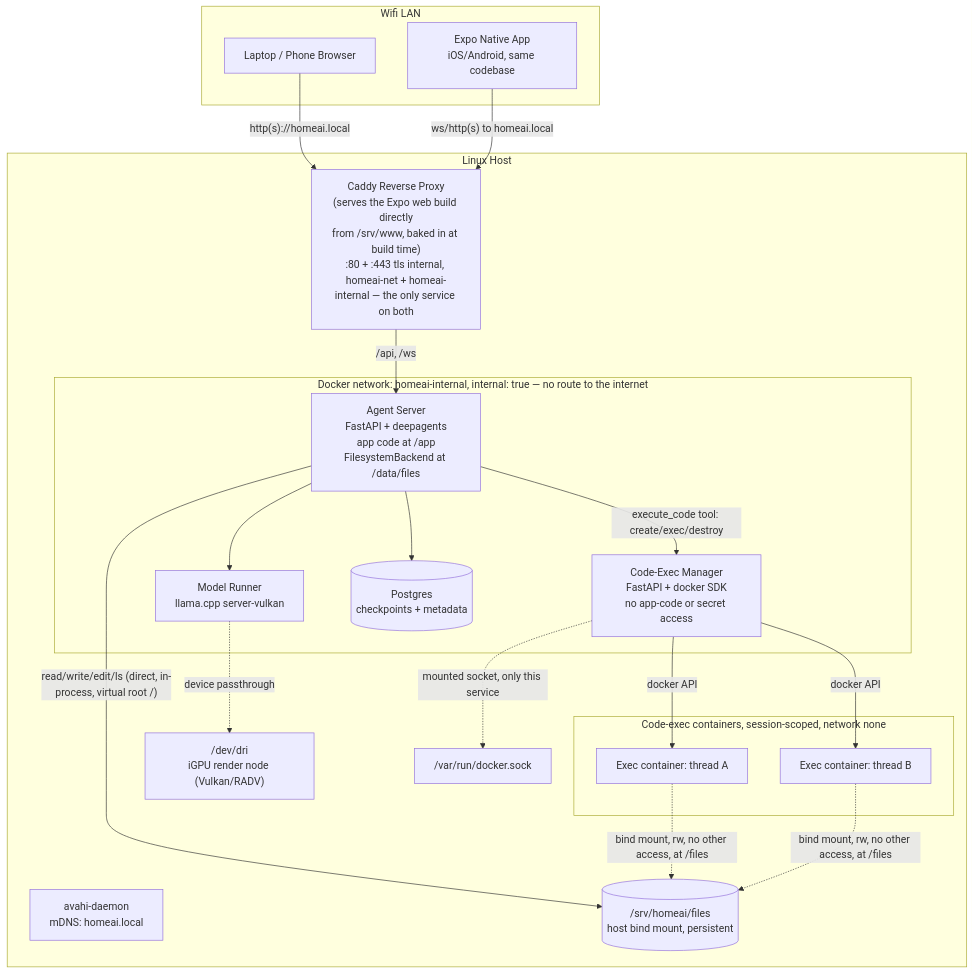
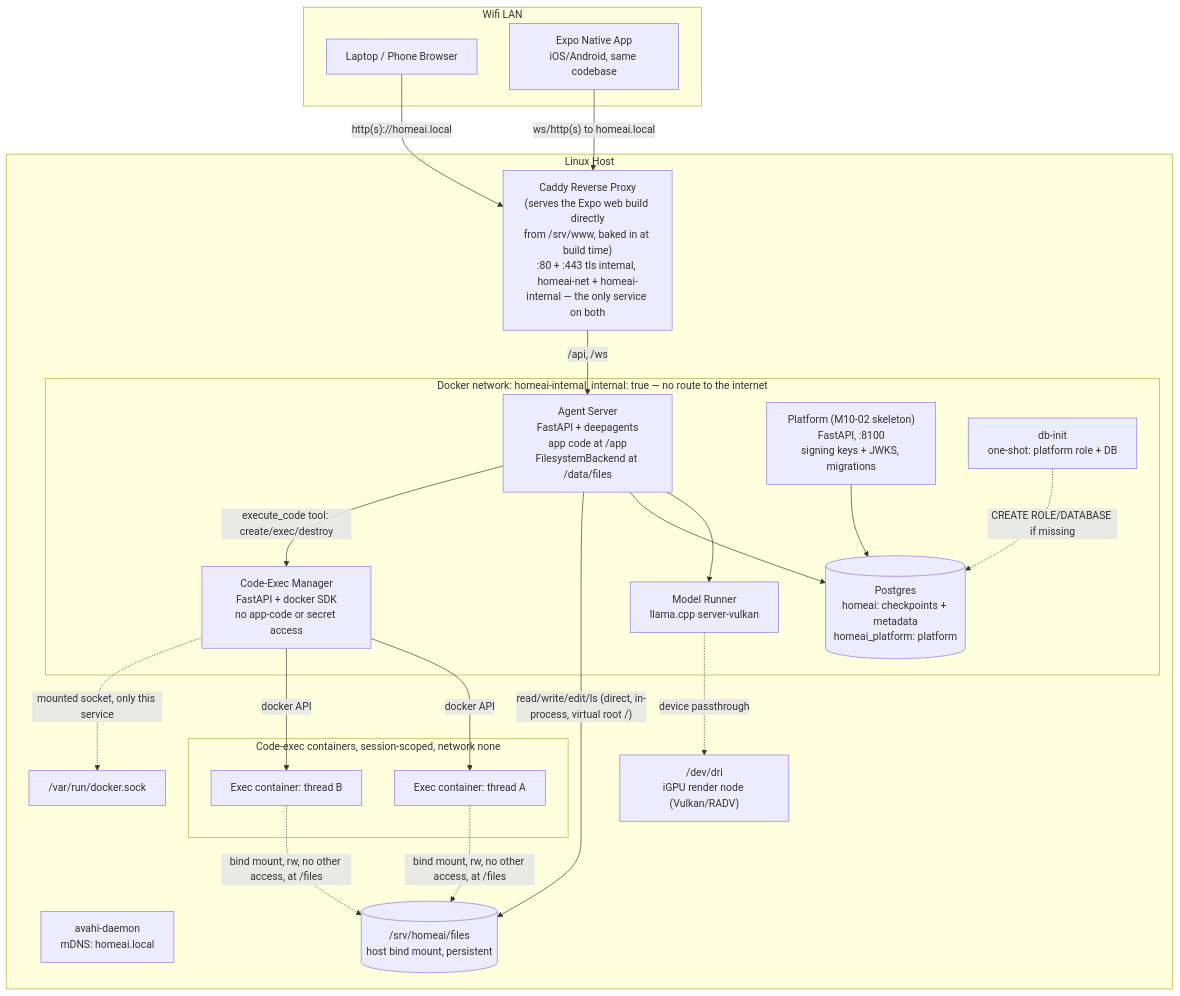
The first of 3 diagrams in docs/ARCHITECTURE.md (cucucachu/unnamed_local_ai_server), drawn with Mermaid before and after one commit. The commit also changed other lines of this file and 31 other files, not shown here.

First line of the commit message:
M10-02: platform service skeleton - compose wiring, db-init, migrations, signing keys + JWKS (#170)

````diff
--- a/docs/ARCHITECTURE.md
+++ b/docs/ARCHITECTURE.md
@@ -26,43 +26,47 @@
 ```mermaid
 flowchart TB
     subgraph lan [Wifi LAN]
         browser[Laptop / Phone Browser]
         nativeapp[Expo Native App\niOS/Android, same codebase]
     end
 
     browser -->|"http(s)://homeai.local"| proxy
     nativeapp -->|"ws/http(s) to homeai.local"| proxy
 
     subgraph host [Linux Host]
         proxy["Caddy Reverse Proxy\n(serves the Expo web build directly\nfrom /srv/www, baked in at build time)\n:80 + :443 tls internal, homeai-net + homeai-internal — the only service on both"]
         avahi[avahi-daemon\nmDNS: homeai.local]
 
         subgraph internalnet [Docker network: homeai-internal, internal: true — no route to the internet]
             agent["Agent Server\nFastAPI + deepagents\napp code at /app\nFilesystemBackend at /data/files"]
             execmgr[Code-Exec Manager\nFastAPI + docker SDK\nno app-code or secret access]
             model[Model Runner\nllama.cpp server-vulkan]
-            pg[(Postgres\ncheckpoints + metadata)]
+            pg[(Postgres\nhomeai: checkpoints + metadata\nhomeai_platform: platform)]
+            platform["Platform (M10-02 skeleton)\nFastAPI, :8100\nsigning keys + JWKS, migrations"]
+            dbinit[db-init\none-shot: platform role + DB]
         end
 
         subgraph execpool [Code-exec containers, session-scoped, network none]
             exec1[Exec container: thread A]
             exec2[Exec container: thread B]
         end
 
         filesdir[("/srv/homeai/files\nhost bind mount, persistent")]
         dri["/dev/dri\niGPU render node (Vulkan/RADV)"]
         dsock["/var/run/docker.sock"]
     end
 
     proxy -->|"/api, /ws"| agent
     agent --> model
     agent --> pg
+    platform --> pg
+    dbinit -.->|"CREATE ROLE/DATABASE if missing"| pg
     agent -->|"read/write/edit/ls (direct, in-process, virtual root /)"| filesdir
     agent -->|"execute_code tool: create/exec/destroy"| execmgr
     execmgr -->|docker API| exec1
     execmgr -->|docker API| exec2
     execmgr -.->|mounted socket, only this service| dsock
     exec1 -.->|"bind mount, rw, no other access, at /files"| filesdir
     exec2 -.->|"bind mount, rw, no other access, at /files"| filesdir
     model -.->|device passthrough| dri
 ```
````
